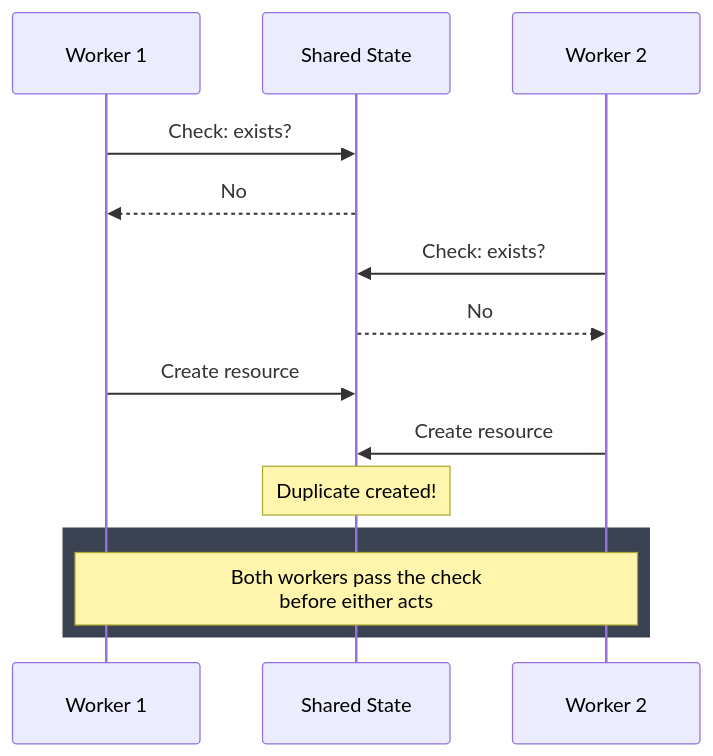
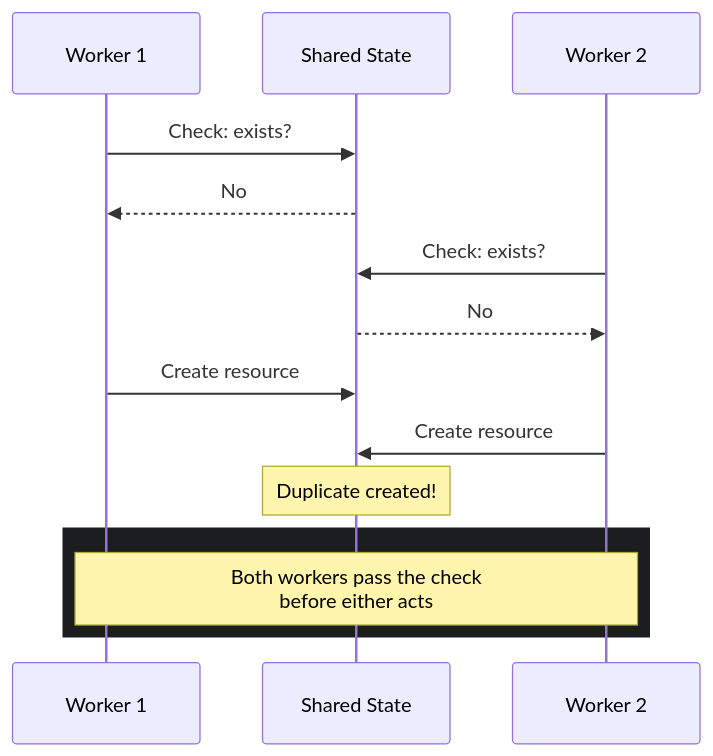
Before and after one commit to adaptive-enforcement-lab/adaptive-enforcement-lab-com: the second of 2 diagrams in docs/operator-manual/engineering-patterns/idempotency/patterns/check-before-act.md, drawn with Mermaid. The commit also changed other lines of this file and 5 other files, not shown here.

First line of the commit message:
Apply Ghostty Hardcore theme to all mermaid charts

````diff
--- a/docs/operator-manual/engineering-patterns/idempotency/patterns/check-before-act.md
+++ b/docs/operator-manual/engineering-patterns/idempotency/patterns/check-before-act.md
@@ -172,18 +174,18 @@
 ```mermaid
 sequenceDiagram
     participant W1 as Worker 1
     participant S as Shared State
     participant W2 as Worker 2
 
     W1->>S: Check: exists?
     S-->>W1: No
     W2->>S: Check: exists?
     S-->>W2: No
     W1->>S: Create resource
     W2->>S: Create resource
     Note over S: Duplicate created!
 
-    rect rgb(59, 66, 82)
+    rect rgb(27, 29, 30)
         Note over W1,W2: Both workers pass the check<br/>before either acts
     end
 ```
````
